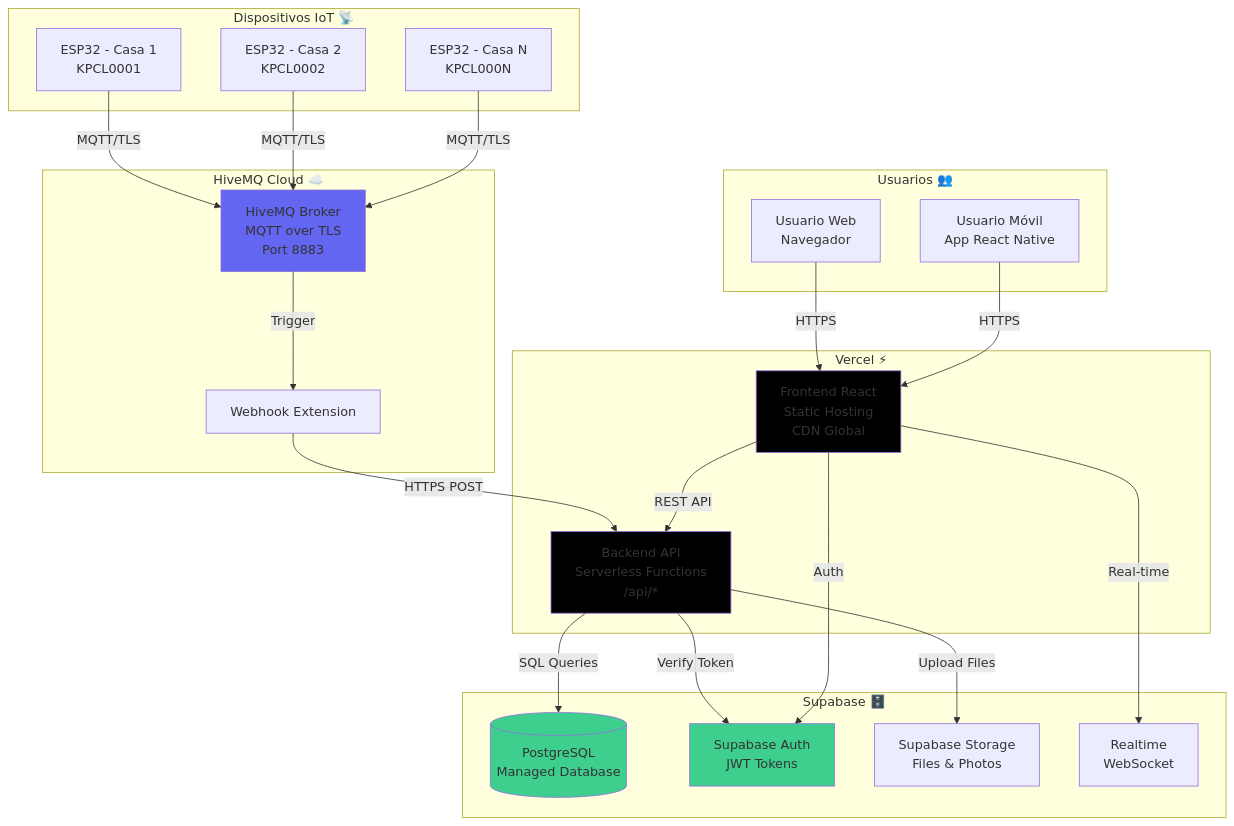
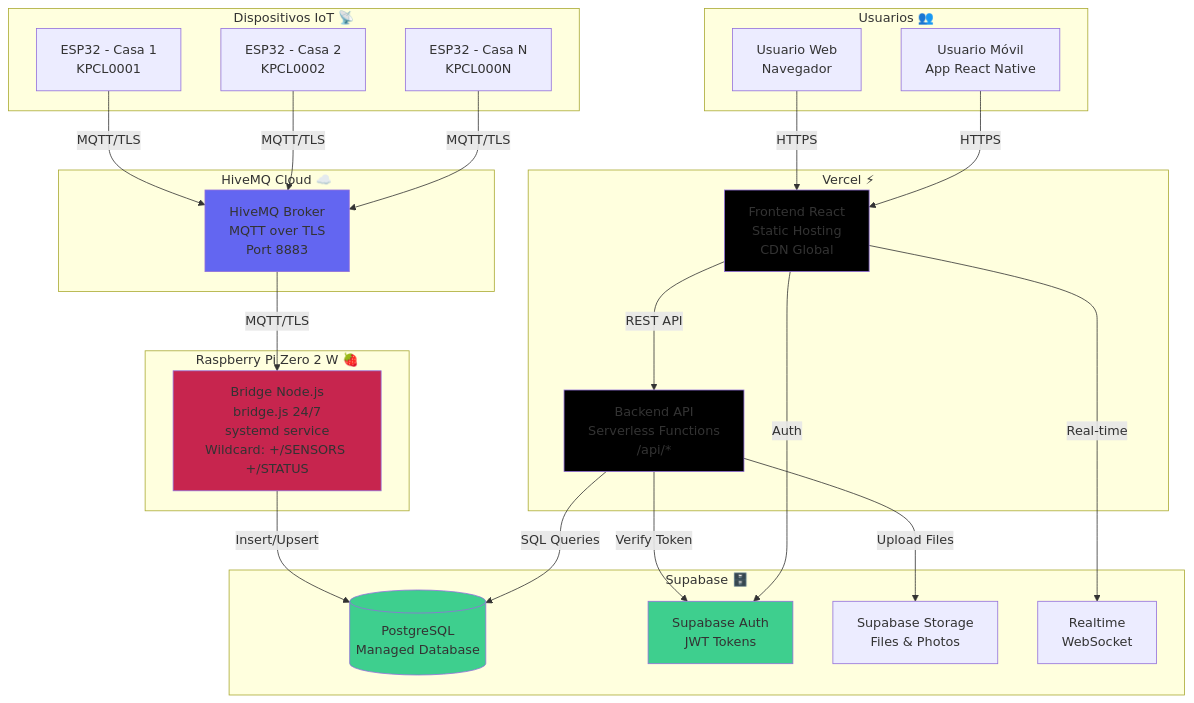
Before and after one commit to kplantaiot/Kplant.AIoT: the second of 2 diagrams in 6 _KPCL0036_1b/Mauro_Context/ARQUITECTURA_COMPLETA.md, drawn with Mermaid. The commit also changed other lines of this file and 13 other files, not shown here.

````diff
--- a/6 _KPCL0036_1b/Mauro_Context/ARQUITECTURA_COMPLETA.md
+++ b/6 _KPCL0036_1b/Mauro_Context/ARQUITECTURA_COMPLETA.md
@@ -119,54 +119,58 @@
 ```mermaid
 graph TB
     subgraph "Dispositivos IoT 📡"
         ESP32_PROD1[ESP32 - Casa 1<br/>KPCL0001]
         ESP32_PROD2[ESP32 - Casa 2<br/>KPCL0002]
         ESP32_PROD3[ESP32 - Casa N<br/>KPCL000N]
     end
     
     subgraph "HiveMQ Cloud ☁️"
         MQTT_CLOUD[HiveMQ Broker<br/>MQTT over TLS<br/>Port 8883]
-        WEBHOOK[Webhook Extension]
     end
-    
+
+    subgraph "Raspberry Pi Zero 2 W 🍓"
+        RPI_BRIDGE[Bridge Node.js<br/>bridge.js 24/7<br/>systemd service<br/>Wildcard: +/SENSORS +/STATUS]
+    end
+
     subgraph "Vercel ⚡"
         API_CLOUD[Backend API<br/>Serverless Functions<br/>/api/*]
         FRONTEND_CLOUD[Frontend React<br/>Static Hosting<br/>CDN Global]
     end
     
     subgraph "Supabase 🗄️"
         DB_CLOUD[(PostgreSQL<br/>Managed Database)]
         AUTH_CLOUD[Supabase Auth<br/>JWT Tokens]
         STORAGE_CLOUD[Supabase Storage<br/>Files & Photos]
         REALTIME_CLOUD[Realtime<br/>WebSocket]
     end
     
     subgraph "Usuarios 👥"
         WEB_USER[Usuario Web<br/>Navegador]
         MOBILE_USER[Usuario Móvil<br/>App React Native]
     end
     
     ESP32_PROD1 -->|MQTT/TLS| MQTT_CLOUD
     ESP32_PROD2 -->|MQTT/TLS| MQTT_CLOUD
     ESP32_PROD3 -->|MQTT/TLS| MQTT_CLOUD
     
-    MQTT_CLOUD -->|Trigger| WEBHOOK
-    WEBHOOK -->|HTTPS POST| API_CLOUD
-    
+    MQTT_CLOUD -->|MQTT/TLS| RPI_BRIDGE
+    RPI_BRIDGE -->|Insert/Upsert| DB_CLOUD
+
     API_CLOUD -->|SQL Queries| DB_CLOUD
     API_CLOUD -->|Verify Token| AUTH_CLOUD
     API_CLOUD -->|Upload Files| STORAGE_CLOUD
     
     FRONTEND_CLOUD -->|REST API| API_CLOUD
     FRONTEND_CLOUD -->|Auth| AUTH_CLOUD
     FRONTEND_CLOUD -->|Real-time| REALTIME_CLOUD
     
     WEB_USER -->|HTTPS| FRONTEND_CLOUD
     MOBILE_USER -->|HTTPS| FRONTEND_CLOUD
     
     style MQTT_CLOUD fill:#6366f1
+    style RPI_BRIDGE fill:#c7254e
     style API_CLOUD fill:#000
     style FRONTEND_CLOUD fill:#000
     style DB_CLOUD fill:#3ECF8E
     style AUTH_CLOUD fill:#3ECF8E
 ```
````
